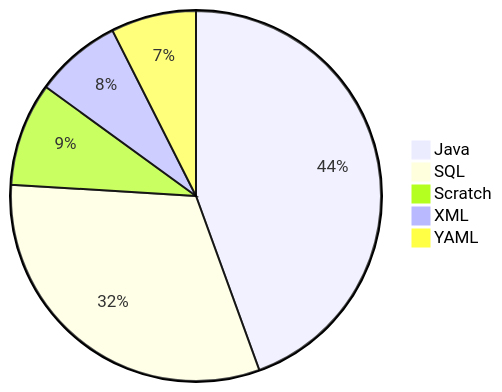
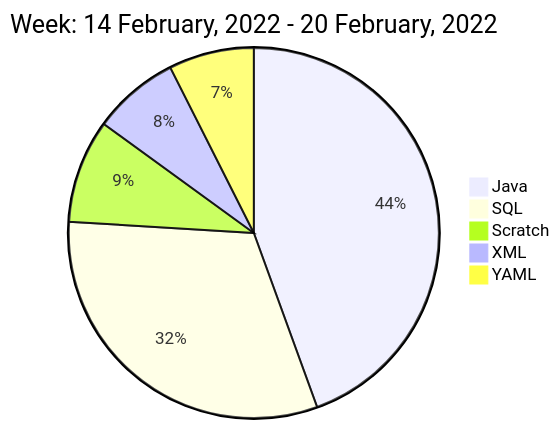
Before and after one commit to liubin95/liubin95: the diagram in README.md, drawn with Mermaid.

Commit message:
Updated the Graph with new Metrics

````diff
--- a/README.md
+++ b/README.md
@@ -42,8 +42,9 @@
 ```mermaid
  pie
+title Week: 14 February, 2022 - 20 February, 2022
  "Java" : 13733.025
  "SQL" : 9739.225
  "Scratch" : 2791.7
  "XML" : 2333.897
  "YAML" : 2298.638
 ```
````
